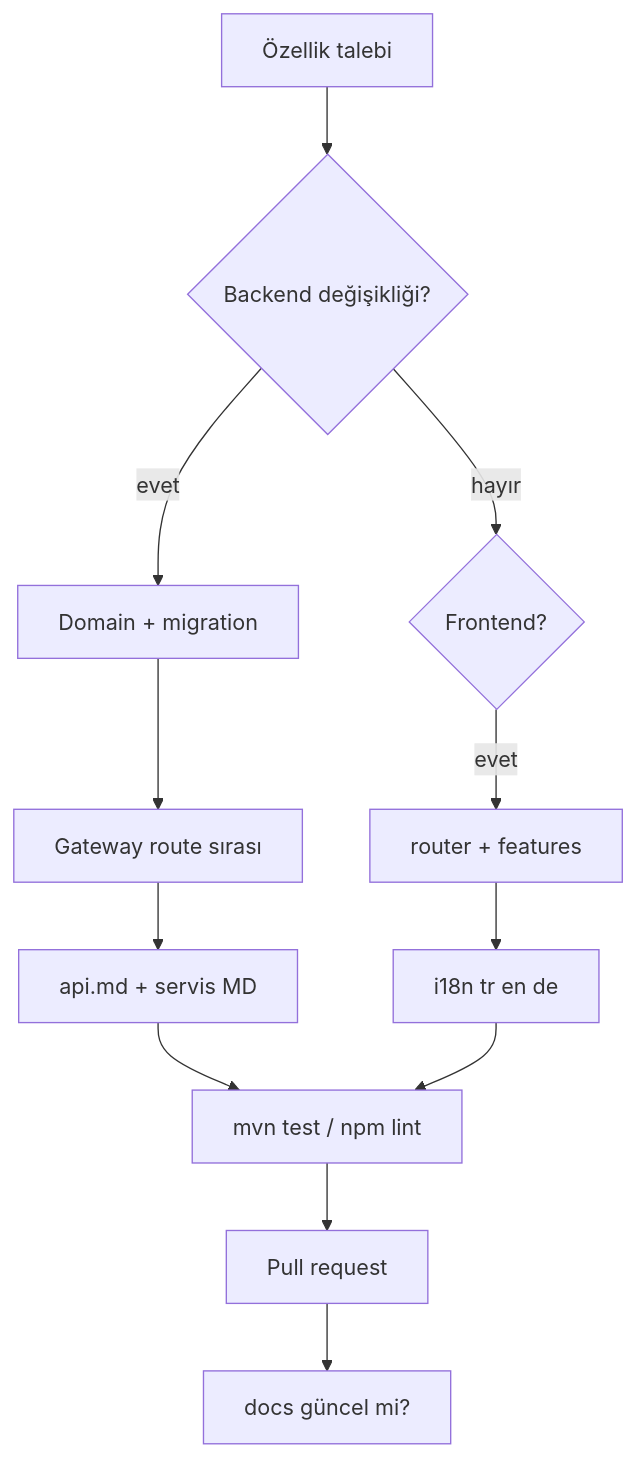
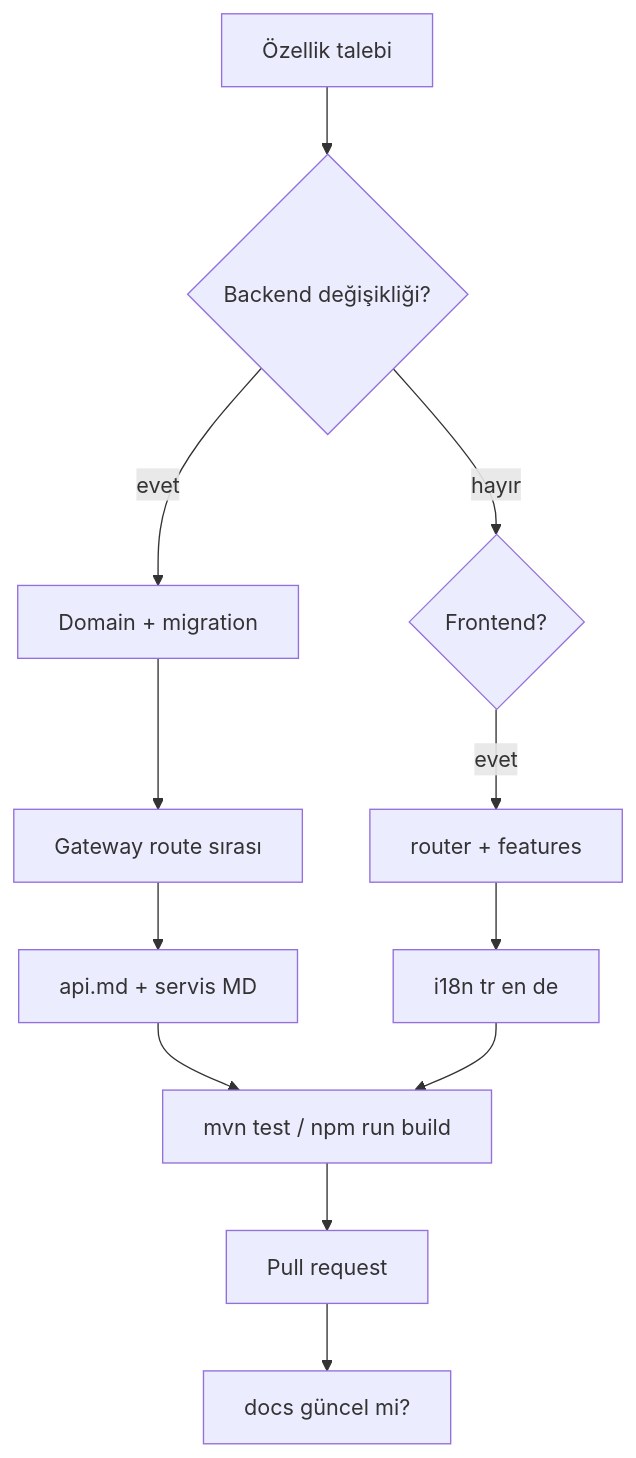
One commit to TaridaG/Toyota-32Bit-Finance-Platform changed the seventh of 7 diagrams in docs/deutsch/development.md. Above: the diagram before and after it, drawn with Mermaid. The commit also changed other lines of this file and 28 other files, not shown here.

````diff
--- a/docs/deutsch/development.md
+++ b/docs/deutsch/development.md
@@ -392,15 +392,15 @@
 ```mermaid
 flowchart TD
   START[Özellik talebi]
   START --> BE{Backend değişikliği?}
   BE -->|evet| B1[Domain + migration]
   B1 --> B2[Gateway route sırası]
   B2 --> B3[api.md + servis MD]
   BE -->|hayır| FE{Frontend?}
   FE -->|evet| F1[router + features]
   F1 --> F2[i18n tr en de]
-  B3 --> TEST[mvn test / npm lint]
+  B3 --> TEST[mvn test / npm run build]
   F2 --> TEST
   TEST --> PR[Pull request]
   PR --> DOC[docs güncel mi?]
 ```
````
